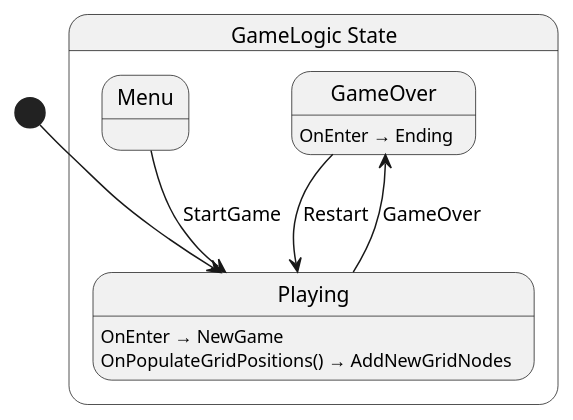
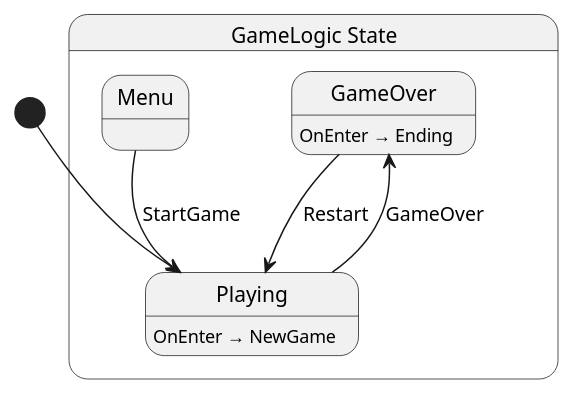
The diagram in src/Game/State/GameLogic.g.puml (stranne/Vertex), drawn with PlantUML before and after one commit. The commit also changed 12 other files, not shown here.

```diff
--- a/src/Game/State/GameLogic.g.puml
+++ b/src/Game/State/GameLogic.g.puml
@@ -1,17 +1,16 @@
 @startuml GameLogic
 state "GameLogic State" as Vertex_Game_State_GameLogic_State {
   state "GameOver" as Vertex_Game_State_GameLogic_State_GameOver
   state "Menu" as Vertex_Game_State_GameLogic_State_Menu
   state "Playing" as Vertex_Game_State_GameLogic_State_Playing
 }
 
 Vertex_Game_State_GameLogic_State_GameOver --> Vertex_Game_State_GameLogic_State_Playing : Restart
 Vertex_Game_State_GameLogic_State_Menu --> Vertex_Game_State_GameLogic_State_Playing : StartGame
 Vertex_Game_State_GameLogic_State_Playing --> Vertex_Game_State_GameLogic_State_GameOver : GameOver
 
 Vertex_Game_State_GameLogic_State_GameOver : OnEnter → Ending
 Vertex_Game_State_GameLogic_State_Playing : OnEnter → NewGame
-Vertex_Game_State_GameLogic_State_Playing : OnPopulateGridPositions() → AddNewGridNodes
 
 [*] --> Vertex_Game_State_GameLogic_State_Playing
 @enduml
```
